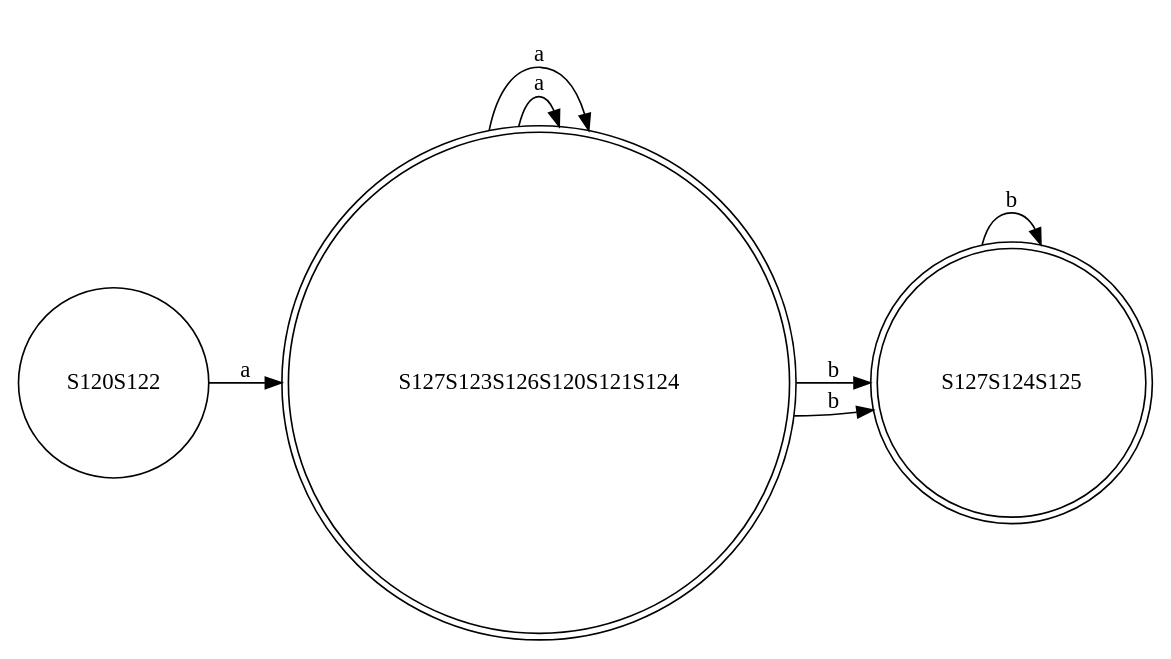
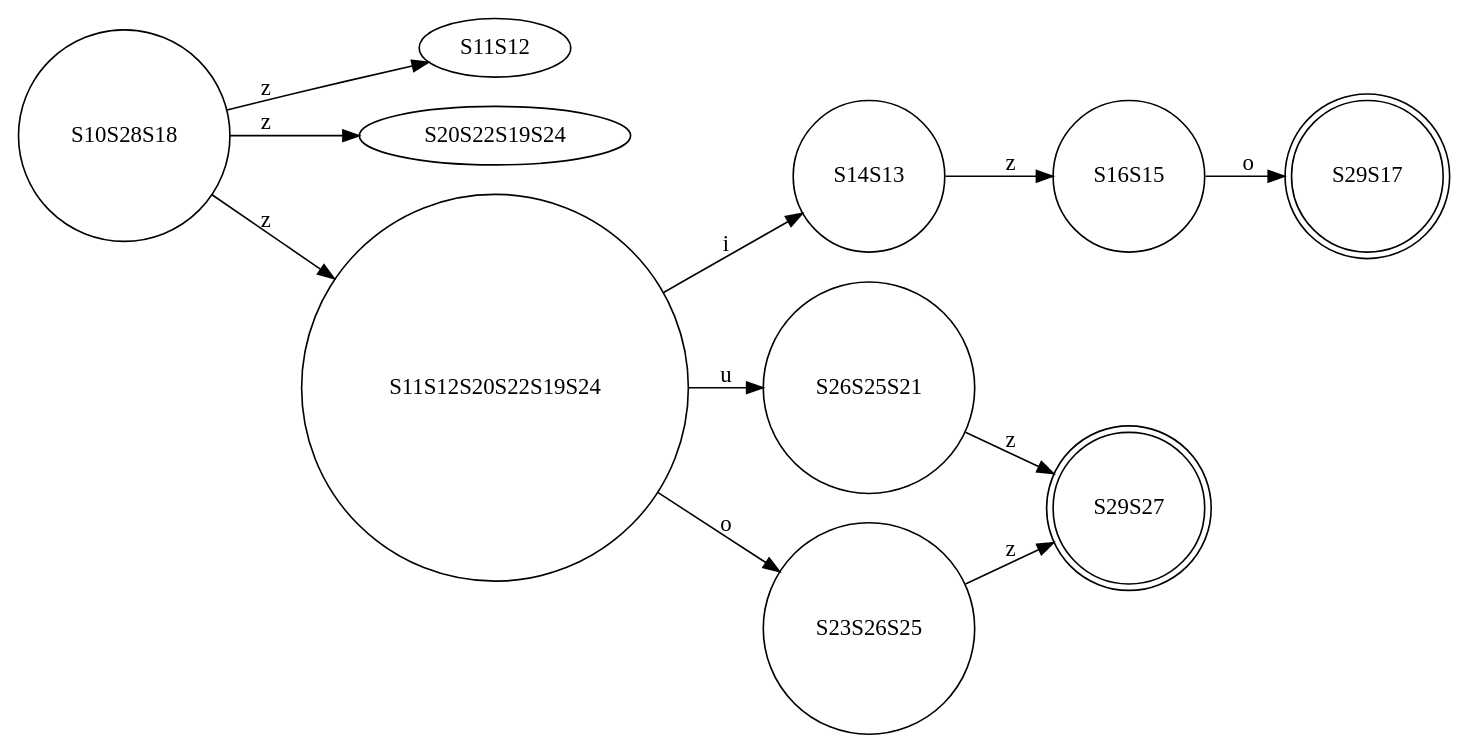
Before and after one commit to abdelazizSalah/RegExp_NFA_DFA_DFAMinimization: the diagram in finalCode/test-output/DFA.gv, drawn with Graphviz. The commit also changed 6 other files, not shown here.

```diff
--- a/finalCode/test-output/DFA.gv
+++ b/finalCode/test-output/DFA.gv
@@ -1,14 +1,22 @@
 // DFA graph
 digraph {
 	graph [rankdir=LR]
-	S120S122 [label=S120S122 shape=circle]
-	S120S122 -> S127S123S126S120S121S124 [label=a]
-	S127S123S126S120S121S124 [label=S127S123S126S120S121S124 shape=doublecircle]
-	S127S123S126S120S121S124 -> S127S123S126S120S121S124 [label=a]
-	S127S123S126S120S121S124 -> S127S124S125 [label=b]
-	S127S123S126S120S121S124 [label=S127S123S126S120S121S124 shape=doublecircle]
-	S127S123S126S120S121S124 -> S127S123S126S120S121S124 [label=a]
-	S127S123S126S120S121S124 -> S127S124S125 [label=b]
-	S127S124S125 [label=S127S124S125 shape=doublecircle]
-	S127S124S125 -> S127S124S125 [label=b]
+	S10S28S18 [label=S10S28S18 shape=circle]
+	S10S28S18 -> S11S12 [label=z]
+	S10S28S18 -> S20S22S19S24 [label=z]
+	S10S28S18 -> S11S12S20S22S19S24 [label=z]
+	S14S13 [label=S14S13 shape=circle]
+	S14S13 -> S16S15 [label=z]
+	S26S25S21 [label=S26S25S21 shape=circle]
+	S26S25S21 -> S29S27 [label=z]
+	S23S26S25 [label=S23S26S25 shape=circle]
+	S23S26S25 -> S29S27 [label=z]
+	S16S15 [label=S16S15 shape=circle]
+	S16S15 -> S29S17 [label=o]
+	S29S27 [label=S29S27 shape=doublecircle]
+	S29S17 [label=S29S17 shape=doublecircle]
+	S11S12S20S22S19S24 [label=S11S12S20S22S19S24 shape=circle]
+	S11S12S20S22S19S24 -> S14S13 [label=i]
+	S11S12S20S22S19S24 -> S26S25S21 [label=u]
+	S11S12S20S22S19S24 -> S23S26S25 [label=o]
 }
```
